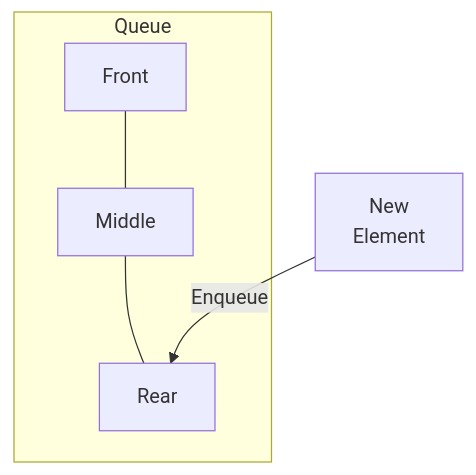
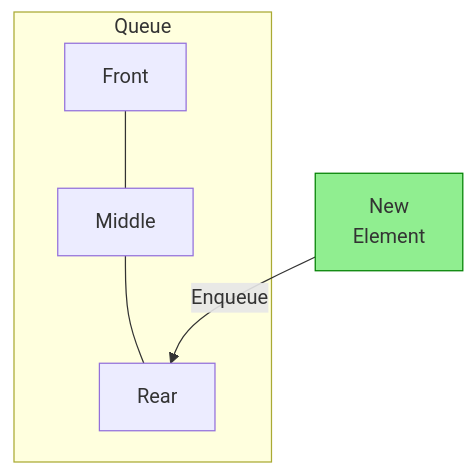
One commit to ghackenberg/course-python-programming changed the diagram in Sessions/Session_08/Diagrams/Mermaid/queue_enqueue.mmd. Above: the diagram before and after it, drawn with Mermaid. The commit also changed 41 other files, not shown here.

Commit message:
style(session-08): update diagrams and images for session 08

```diff
--- a/Sessions/Session_08/Diagrams/Mermaid/queue_enqueue.mmd
+++ b/Sessions/Session_08/Diagrams/Mermaid/queue_enqueue.mmd
@@ -1,5 +1,7 @@
 graph TB
     subgraph Queue
     F[Front] --- M[Middle] --- R[Rear]
     end
     N[New<br/>Element] -- Enqueue --> R
+
+    style N fill:lightgreen,stroke:green
```
